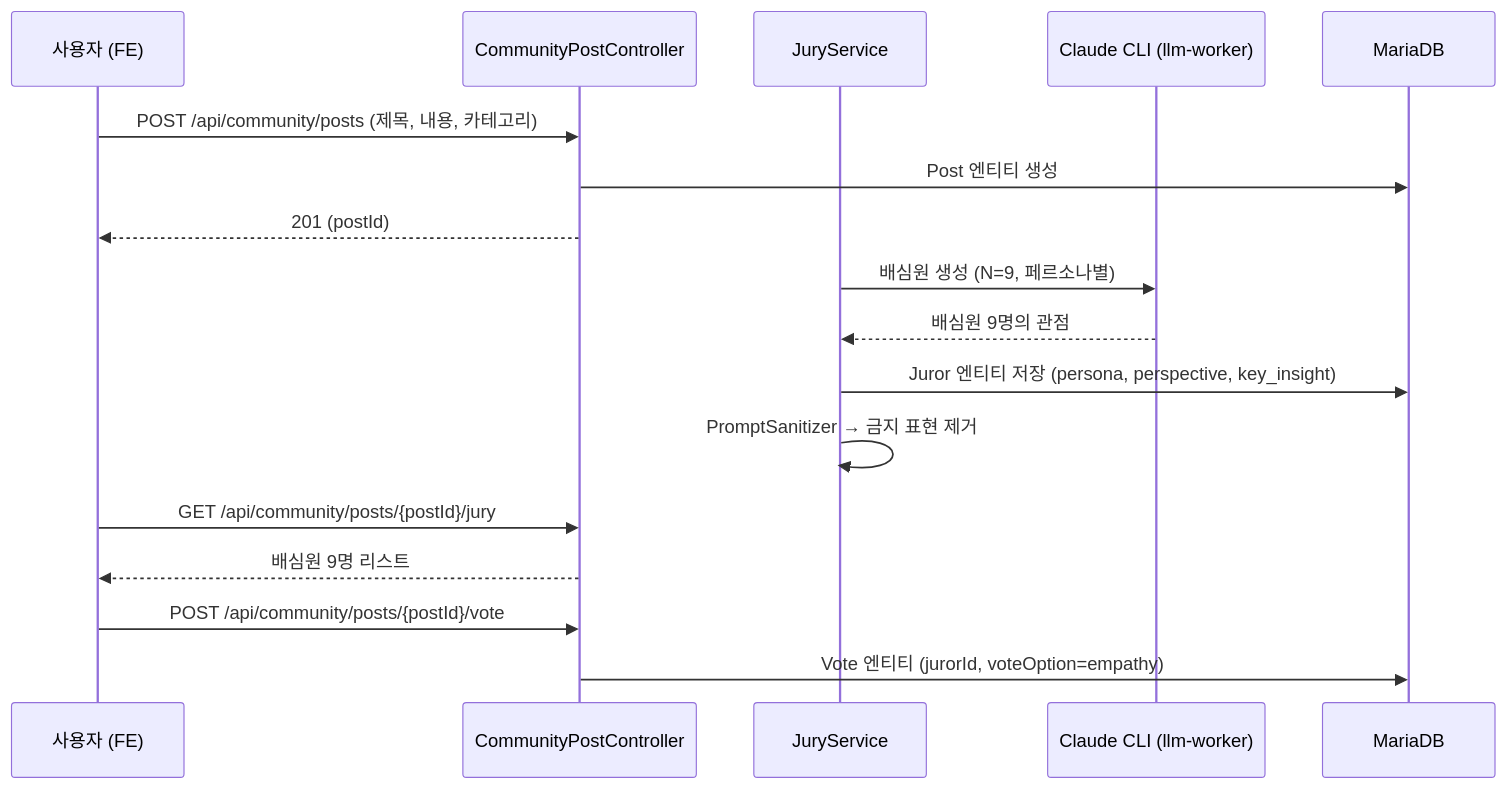
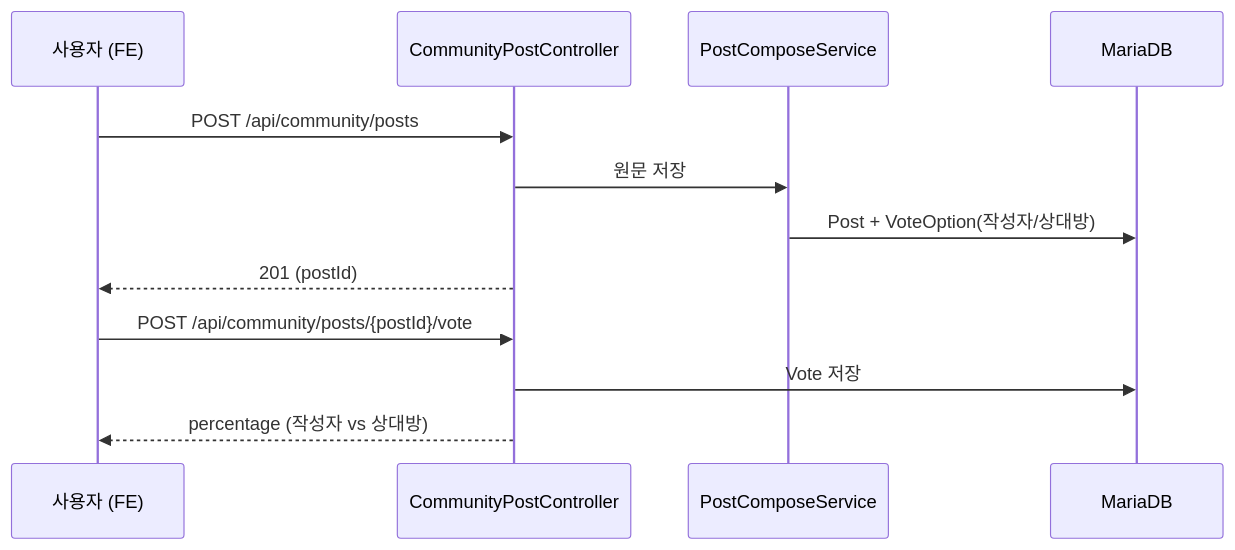
Before and after one commit to Justant-source/Again-Spring: the second of 2 diagrams in docs/shared/architecture.md, drawn with Mermaid. The commit also changed other lines of this file and 116 other files, not shown here.

First line of the commit message:
remove unused AI jury feature and align docs with community empathy product

````diff
--- a/docs/shared/architecture.md
+++ b/docs/shared/architecture.md
@@ -108,23 +100,16 @@
 ```mermaid
 sequenceDiagram
     participant User as 사용자 (FE)
     participant Ctrl as CommunityPostController
-    participant Svc as JuryService
-    participant LLM as Claude CLI (llm-worker)
+    participant Compose as PostComposeService
     participant DB as MariaDB
 
-    User->>Ctrl: POST /api/community/posts (제목, 내용, 카테고리)
-    Ctrl->>DB: Post 엔티티 생성
+    User->>Ctrl: POST /api/community/posts
+    Ctrl->>Compose: 원문 저장
+    Compose->>DB: Post + VoteOption(작성자/상대방)
     Ctrl-->>User: 201 (postId)
-    
-    Svc->>LLM: 배심원 생성 (N=9, 페르소나별)
-    LLM-->>Svc: 배심원 9명의 관점
-    Svc->>DB: Juror 엔티티 저장 (persona, perspective, key_insight)
-    Svc->>Svc: PromptSanitizer → 금지 표현 제거
-    
-    User->>Ctrl: GET /api/community/posts/{postId}/jury
-    Ctrl-->>User: 배심원 9명 리스트
-    
+
     User->>Ctrl: POST /api/community/posts/{postId}/vote
-    Ctrl->>DB: Vote 엔티티 (jurorId, voteOption=empathy)
+    Ctrl->>DB: Vote 저장
+    Ctrl-->>User: percentage (작성자 vs 상대방)
 ```
````
